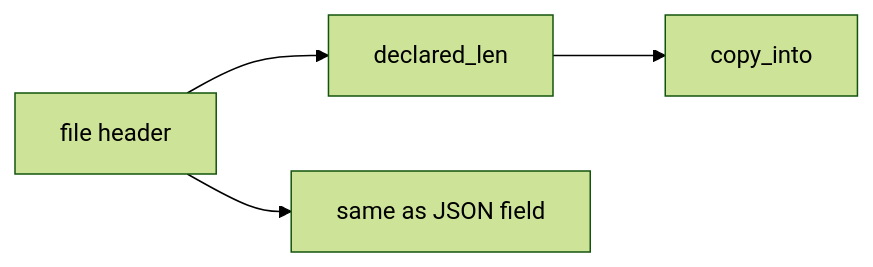
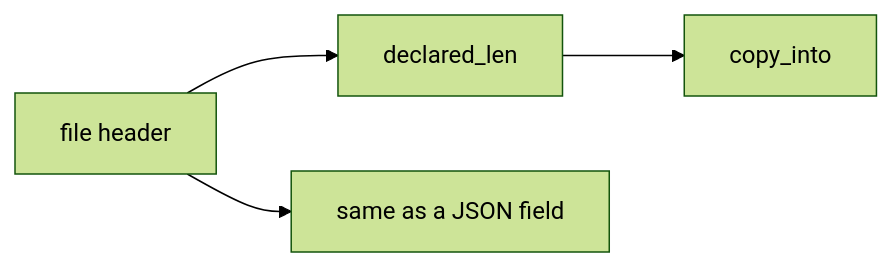
Before and after one commit to ishitvagoel/LearnSecurity: the second of 2 diagrams in content/modules/e/E4/lessons/02-model.md, drawn with Mermaid (forest theme). The commit also changed other lines of this file and 55 other files, not shown here.

````diff
--- a/content/modules/e/E4/lessons/02-model.md
+++ b/content/modules/e/E4/lessons/02-model.md
@@ -33,6 +34,6 @@
 ```mermaid
 flowchart LR
   Hdr[file header] --> Decl[declared_len]
   Decl --> Copy[copy_into]
-  Hdr --> Untrusted[same as JSON field]
+  Hdr --> Untrusted[same as a JSON field]
 ```
````
